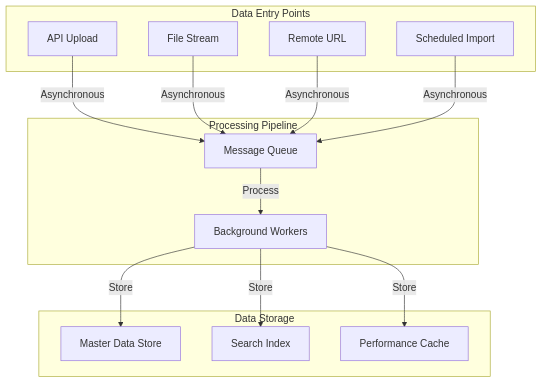
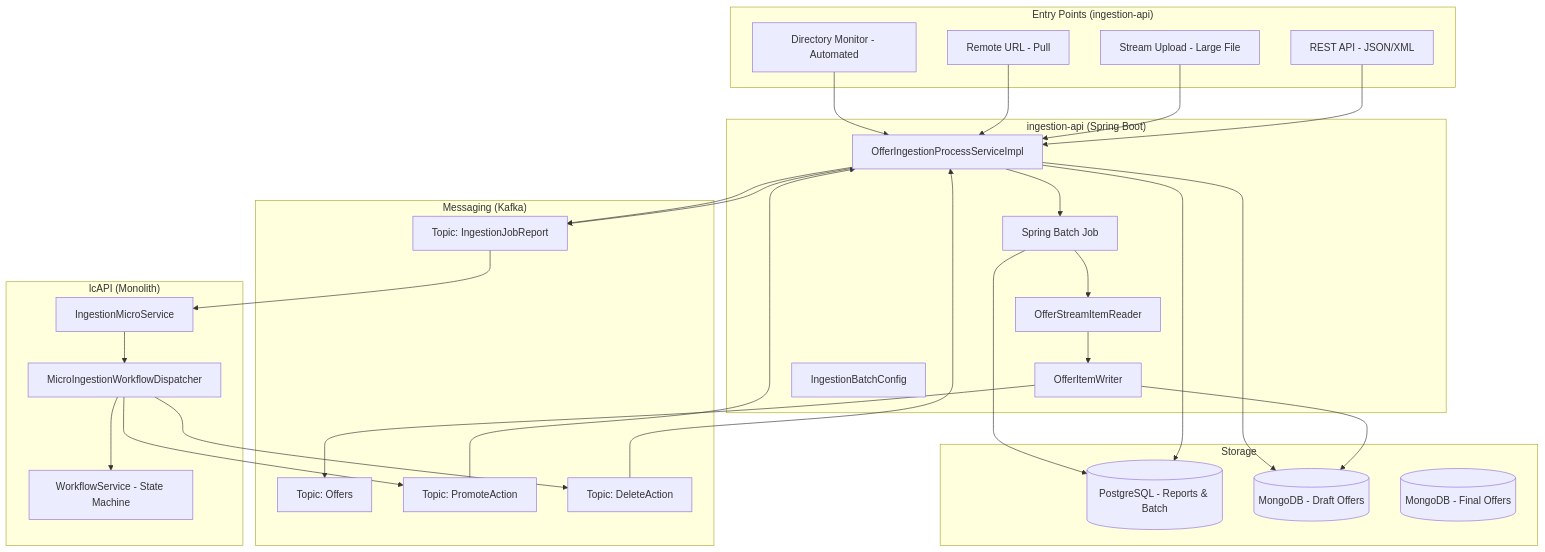
One commit to LiquidCars/lcIngestionAPI changed the first of 11 diagrams in ingestion-functional.MD. Above: the diagram before and after it, drawn with Mermaid. The commit also changed other lines of this file, not shown here.

````diff
--- a/ingestion-functional.MD
+++ b/ingestion-functional.MD
@@ -33,24 +35,58 @@
 ```mermaid
 graph TD
-    subgraph "Data Entry Points"
-        A1[API Upload]
-        A2[File Stream]
-        A3[Remote URL]
-        A4[Scheduled Import]
+    subgraph "Entry Points (ingestion-api)"
+        A1[REST API - JSON/XML]
+        A2[Stream Upload - Large File]
+        A3[Remote URL - Pull]
+        A4[Directory Monitor - Automated]
     end
 
-    subgraph "Processing Pipeline"
-        B[Message Queue]
-        C[Background Workers]
+    subgraph "ingestion-api (Spring Boot)"
+        B1[OfferIngestionProcessServiceImpl]
+        B2[Spring Batch Job]
+        B3[OfferStreamItemReader]
+        B4[OfferItemWriter]
+        B5[IngestionBatchConfig]
     end
 
-    subgraph "Data Storage"
-        D1[Master Data Store]
-        D2[Search Index]
-        D3[Performance Cache]
+    subgraph "Storage"
+        C1[(PostgreSQL - Reports & Batch)]
+        C2[(MongoDB - Draft Offers)]
+        C3[(MongoDB - Final Offers)]
     end
 
-    A1 & A2 & A3 & A4 -->|Asynchronous| B
-    B -->|Process| C
-    C -->|Store| D1 & D2 & D3
+    subgraph "Messaging (Kafka)"
+        K1[Topic: Offers]
+        K2[Topic: IngestionJobReport]
+        K3[Topic: PromoteAction]
+        K4[Topic: DeleteAction]
+    end
+
+    subgraph "lcAPI (Monolith)"
+        D1[IngestionMicroService]
+        D2[MicroIngestionWorkflowDispatcher]
+        D3[WorkflowService - State Machine]
+    end
+
+    A1 & A2 & A3 & A4 --> B1
+    B1 --> B2
+    B2 --> B3 --> B4
+    B4 --> C2
+    B4 --> K1
+    B1 --> C1
+    B2 --> C1
+    B1 --> K2
+
+    K2 --> D1
+    D1 --> D2
+    D2 --> D3
+
+    D2 --> K3
+    D2 --> K4
+
+    K3 --> B1
+    K4 --> B1
+
+    B1 --> C2
+    B1 --> K2
 ```
````
